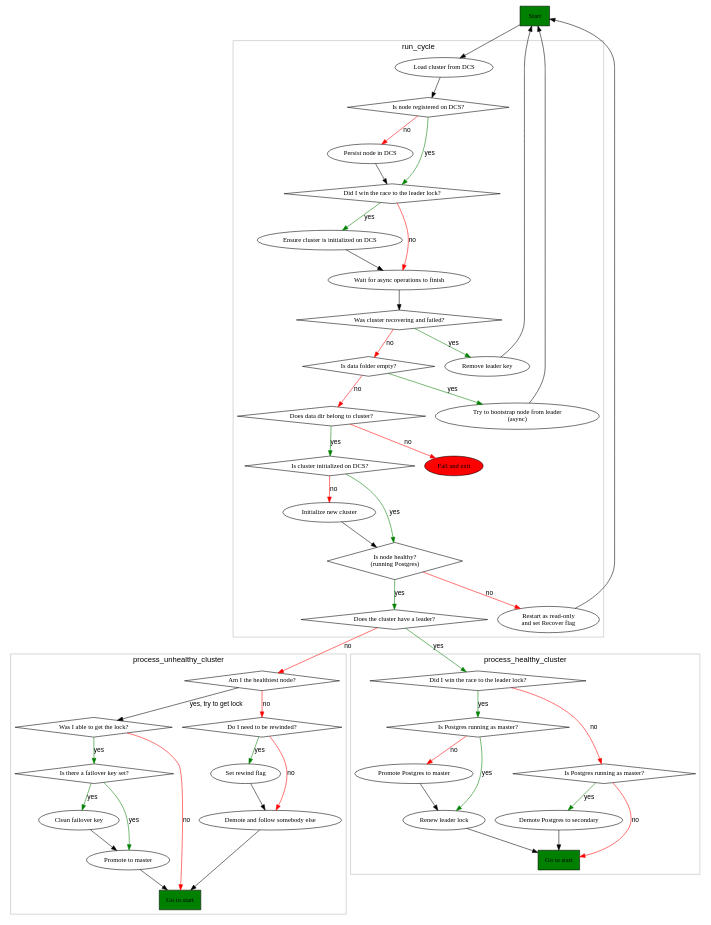
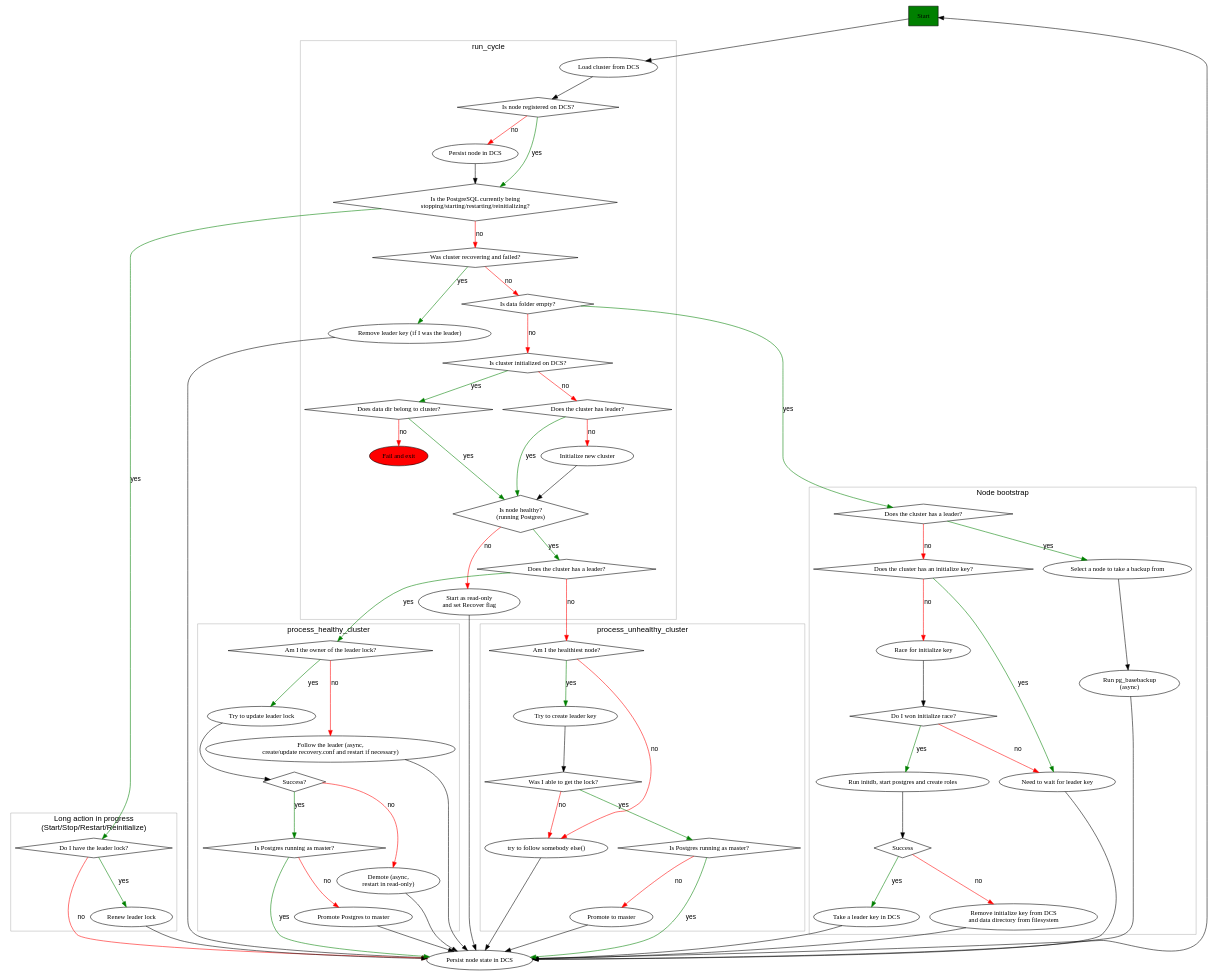
The diagram in docs/ha_loop_diagram.dot (patroni/patroni), drawn with Graphviz before and after one commit. The commit also changed 1 other file, not shown here.

Commit message:
Update diagram

```diff
--- a/docs/ha_loop_diagram.dot
+++ b/docs/ha_loop_diagram.dot
@@ -1,116 +1,148 @@
 // Graphviz source for ha_loop_diagram.png
 // recompile with:
 // dot -Tpng ha_loop_diagram.dot -o ha_loop_diagram.png
 
 digraph G {
   rankdir=TB;
   fontname="sans-serif";
   penwidth="0.3";
   layout="dot";
   newrank=true;
   edge [fontname="sans-serif", 
         fontsize=12, 
         color=black, 
         fontcolor=black];
   node [fontname=serif, 
         fontsize=12, 
         fillcolor=white, 
         color=black, 
         fontcolor=black,
         style=filled];
   "start" [label=Start, shape="rectangle", fillcolor="green"]
   "start" -> "load_cluster_from_dcs";
+  "update_member" [label="Persist node state in DCS"]
+  "update_member" -> "start"
   
   subgraph cluster_run_cycle {
     label="run_cycle"
     "load_cluster_from_dcs" [label="Load cluster from DCS"];
     "touch_member" [label="Persist node in DCS"];
     "cluster.has_member" [shape="diamond", label="Is node registered on DCS?"]
-    "cluster.has_member" -> "touch_member"  [label="no" color="red"];
-    "is_initialized" [shape="oval", 
-                      label="Ensure cluster is initialized on DCS"];
-    "has_lock" [label="Did I win the race to the leader lock?", shape=diamond];
-    "has_lock" -> "is_initialized"  [label="yes" color="green"];
-    "has_lock" -> "handle_long_action_in_progress"  [label="no" color="red"];
+    "cluster.has_member" -> "touch_member"  [label="no" color="red"]
+    "long_action_in_progress?" [shape="diamond" label="Is the PostgreSQL currently being\nstopping/starting/restarting/reinitializing?"]
     "load_cluster_from_dcs" -> "cluster.has_member";
-    "touch_member" -> "has_lock";
-    "cluster.has_member" -> "has_lock"  [label="yes" color="green"];
-    "handle_long_action_in_progress" [label="Wait for async operations to finish"];
-    "is_initialized" -> "handle_long_action_in_progress";
-    "handle_long_action_in_progress" -> "recovering?";
+    "touch_member" -> "long_action_in_progress?";
+    "cluster.has_member" -> "long_action_in_progress?"  [label="yes" color="green"];
+    "long_action_in_progress?" -> "recovering?" [label="no" color="red"]
     "recovering?" [label="Was cluster recovering and failed?", shape="diamond"];
     "recovering?" -> "post_recover" [label="yes" color="green"];
     "recovering?" -> "data_directory_empty" [label="no" color="red"];
-    "post_recover" [label="Remove leader key"];
+    "post_recover" [label="Remove leader key (if I was the leader)"];
     "data_directory_empty" [label="Is data folder empty?", shape="diamond"];
-    "data_directory_empty" -> "bootstrap" [label="yes" color="green"];
-    "bootstrap" [label="Try to bootstrap node from leader\n(async)"]
-    "data_directory_empty" -> "data_belongs_to_cluster" [label="no" color="red"];
+    "data_directory_empty" -> "cluster_initialize" [label="no" color="red"];
     "data_belongs_to_cluster" [label="Does data dir belong to cluster?", shape="diamond"];
-    "data_belongs_to_cluster" -> "cluster_initialize" [label="yes" color="green"];
     "data_belongs_to_cluster" -> "exit" [label="no" color="red"];
+    "data_belongs_to_cluster" -> "is_healthy" [label="yes" color="green"]
+    "exit" [label="Fail and exit", fillcolor=red];
     "cluster_initialize" [label="Is cluster initialized on DCS?" shape="diamond"]
-    "cluster_initialize" -> "dcs.initialize" [label="no" color="red"]
-    "cluster_initialize" -> "is_healthy" [label="yes" color="green"]
+    "cluster_initialize" -> "cluster.has_leader" [label="no" color="red"]
+    "cluster.has_leader" [label="Does the cluster has leader?", shape="diamond"]
+    "cluster.has_leader" -> "dcs.initialize" [label="no", color="red"]
+    "cluster.has_leader" -> "is_healthy" [label="yes", color="green"]
+    "cluster_initialize" -> "data_belongs_to_cluster" [label="yes" color="green"]
     "dcs.initialize" [label="Initialize new cluster"];
     "dcs.initialize" -> "is_healthy"
     "is_healthy" [label="Is node healthy?\n(running Postgres)", shape="diamond"];
-    "recover" [label="Restart as read-only\nand set Recover flag"]
+    "recover" [label="Start as read-only\nand set Recover flag"]
     "is_healthy" -> "recover" [label="no" color="red"]; 
     "is_healthy" -> "cluster.is_unlocked" [label="yes" color="green"]; 
-    "cluster.is_unlocked" [label="Does the cluster have a leader?", shape="diamond"]
+    "cluster.is_unlocked" [label="Does the cluster has a leader?", shape="diamond"]
   }
 
+  "post_recover" -> "update_member"
+  "recover" -> "update_member"
+  "long_action_in_progress?" -> "async_has_lock?" [label="yes" color="green"];
   "cluster.is_unlocked" -> "unhealthy_is_healthiest" [label="no" color="red"]
   "cluster.is_unlocked" -> "healthy_has_lock" [label="yes" color="green"]
-  "bootstrap" -> "start"
-  "recover" -> "start"
-  "post_recover" -> "start";
+  "data_directory_empty" -> "bootstrap.is_unlocked" [label="yes" color="green"]
+
+  subgraph cluster_async {
+    label = "Long action in progress\n(Start/Stop/Restart/Reinitialize)"
+    "async_has_lock?" [label="Do I have the leader lock?", shape="diamond"]
+    "async_update_lock" [label="Renew leader lock"]
+    "async_has_lock?" -> "async_update_lock" [label="yes" color="green"]
+  }
+  "async_update_lock" -> "update_member"
+  "async_has_lock?" -> "update_member" [label="no" color="red"]
+
+  subgraph cluster_bootstrap {
+    label = "Node bootstrap";
+    "bootstrap.is_unlocked" [label="Does the cluster has a leader?", shape="diamond"]
+    "bootstrap.is_initialized" [label="Does the cluster has an initialize key?", shape="diamond"]
+    "bootstrap.is_unlocked" -> "bootstrap.is_initialized" [label="no" color="red"]
+    "bootstrap.is_unlocked" -> "bootstrap.select_node" [label="yes" color="green"]
+    "bootstrap.select_node" [label="Select a node to take a backup from"]
+    "bootstrap.do_bootstrap" [label="Run pg_basebackup\n(async)"]
+    "bootstrap.select_node" -> "bootstrap.do_bootstrap"
+    "bootstrap.is_initialized" -> "bootstrap.initialization_race" [label="no" color="red"]
+    "bootstrap.is_initialized" -> "bootstrap.wait_for_leader" [label="yes" color="green"]
+    "bootstrap.initialization_race" [label="Race for initialize key"]
+    "bootstrap.initialization_race" -> "bootstrap.won_initialize_race?"
+    "bootstrap.won_initialize_race?" [label="Do I won initialize race?", shape="diamond"]
+    "bootstrap.won_initialize_race?" -> "bootstrap.initdb_and_start" [label="yes" color="green"]
+    "bootstrap.won_initialize_race?" -> "bootstrap.wait_for_leader" [label="no" color="red"]
+    "bootstrap.wait_for_leader" [label="Need to wait for leader key"]
+    "bootstrap.initdb_and_start" [label="Run initdb, start postgres and create roles"]
+    "bootstrap.initdb_and_start" -> "bootstrap.success?"
+    "bootstrap.success?" [label="Success", shape="diamond"]
+    "bootstrap.success?" -> "bootstrap.take_leader_key" [label="yes" color="green"]
+    "bootstrap.success?" -> "bootstrap.clean" [label="no" color="red"]
+    "bootstrap.clean" [label="Remove initialize key from DCS\nand data directory from filesystem"]
+    "bootstrap.take_leader_key" [label="Take a leader key in DCS"]
+  }
+
+  "bootstrap.do_bootstrap" -> "update_member"
+  "bootstrap.wait_for_leader" -> "update_member"
+  "bootstrap.clean" -> "update_member"
+  "bootstrap.take_leader_key" -> "update_member"
 
   subgraph cluster_process_healthy_cluster {
     label = "process_healthy_cluster"
-    "healthy_has_lock" [label="Did I win the race to the leader lock?", shape=diamond]
+    "healthy_has_lock" [label="Am I the owner of the leader lock?", shape=diamond]
     "healthy_is_leader" [label="Is Postgres running as master?", shape=diamond]
-    "healthy_no_lock" [label="Is Postgres running as master?", shape=diamond]
-    "healthy_no_lock" -> "healthy_demote" [label="yes" color="green"]
+    "healthy_no_lock" [label="Follow the leader (async,\ncreate/update recovery.conf and restart if necessary)"]
     "healthy_has_lock" -> "healthy_no_lock" [label="no" color="red"]
-    "healthy_has_lock" -> "healthy_is_leader" [label="yes" color="green"]
+    "healthy_has_lock" -> "healthy_update_leader_lock" [label="yes" color="green"]
+    "healthy_update_leader_lock" [label="Try to update leader lock"]
+    "healthy_update_leader_lock" -> "healthy_update_success"
+    "healthy_update_success" [label="Success?", shape=diamond]
+    "healthy_update_success" -> "healthy_is_leader" [label="yes" color="green"]
+    "healthy_update_success" -> "healthy_demote" [label="no" color="red"]
+    "healthy_demote" [label="Demote (async,\nrestart in read-only)"]
     "healthy_failover" [label="Promote Postgres to master"]
     "healthy_is_leader" -> "healthy_failover" [label="no" color="red"]
-    "healthy_is_leader" -> "renew_lock" [label="yes" color="green"]
-    "healthy_failover" -> "renew_lock"
-    "renew_lock" [label="Renew leader lock"]
-    "healthy_demote" [label="Demote Postgres to secondary"]
-    "healthy_no_lock" -> "healthy_start" [label="no" color="red"]
-    "healthy_demote" -> "healthy_start"
-    "renew_lock" -> "healthy_start"
-    "healthy_start" [label="Go to start", shape=rectangle, fillcolor=green]
   }
+  "healthy_demote" -> "update_member"
+  "healthy_is_leader" -> "update_member" [label="yes" color="green"]
+  "healthy_failover" -> "update_member"
+  "healthy_no_lock" -> "update_member"
 
   subgraph cluster_process_unhealthy_cluster {
     label = "process_unhealthy_cluster"
     "unhealthy_is_healthiest" [label="Am I the healthiest node?", shape="diamond"]
-    "unhealthy_is_healthiest" -> "unhealthy_acquire_lock" [label="yes, try to get lock"]
+    "unhealthy_is_healthiest" -> "unhealthy_leader_race" [label="yes", color="green"]
+    "unhealthy_leader_race" [label="Try to create leader key"]
+    "unhealthy_leader_race" -> "unhealthy_acquire_lock"
     "unhealthy_acquire_lock" [label="Was I able to get the lock?", shape="diamond"]
-    "unhealthy_acquire_lock" -> "unhealthy_failover_key" [label="yes" color="green"]
-    "unhealthy_failover_key" [label="Is there a failover key set?", shape="diamond"]
-    "unhealthy_failover_key" -> "unhealthy_clean_failover_key" [label="yes" color="green"]
-    "unhealthy_failover_key" -> "unhealthy_promote" [label="yes" color="green"]
-    "unhealthy_clean_failover_key" [label="Clean failover key"]
-    "unhealthy_clean_failover_key" -> unhealthy_promote
+    "unhealthy_is_leader" [label="Is Postgres running as master?", shape=diamond]
+    "unhealthy_acquire_lock" -> "unhealthy_is_leader" [label="yes" color="green"]
+    "unhealthy_is_leader" -> "unhealthy_promote" [label="no" color="red"]
     "unhealthy_promote" [label="Promote to master"]
-    "unhealthy_is_healthiest" -> "unhealthy_need_rewind" [label="no" color="red"]
-    "unhealthy_need_rewind" [label="Do I need to be rewinded?", shape="diamond"]
-    "unhealthy_need_rewind" -> "unhealthy_set_rewind_flag" [label="yes" color="green"]
-    "unhealthy_need_rewind" -> "unhealthy_demote" [label="no" color="red"]
-    "unhealthy_set_rewind_flag" [label="Set rewind flag"]
-    unhealthy_set_rewind_flag -> unhealthy_demote
-    "unhealthy_demote" [label="Demote and follow somebody else"]
-    "unhealthy_demote" -> "unhealthy_start"
-    "unhealthy_acquire_lock" -> "unhealthy_start" [label="no" color="red"]
-    "unhealthy_promote" -> "unhealthy_start"
-    "unhealthy_start" [label="Go to start", shape=rectangle, fillcolor=green]
+    "unhealthy_is_healthiest" -> "unhealthy_follow" [label="no" color="red"]
+    "unhealthy_follow" [label="try to follow somebody else()"]
+    "unhealthy_acquire_lock" -> "unhealthy_follow" [label="no" color="red"]
   }
-
-  "exit" [label="Fail and exit", fillcolor=red]
+  "unhealthy_follow" -> "update_member"
+  "unhealthy_promote" -> "update_member"
+  "unhealthy_is_leader" -> "update_member" [label="yes" color="green"]
 }
```
